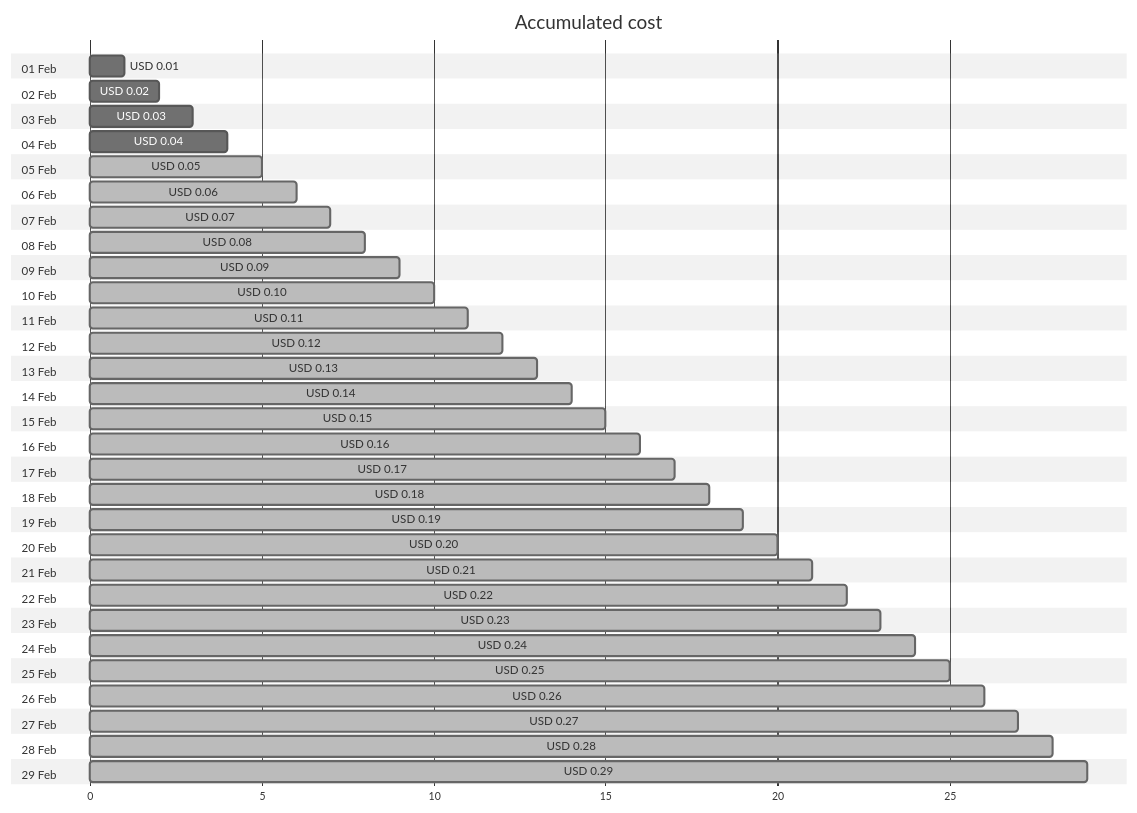
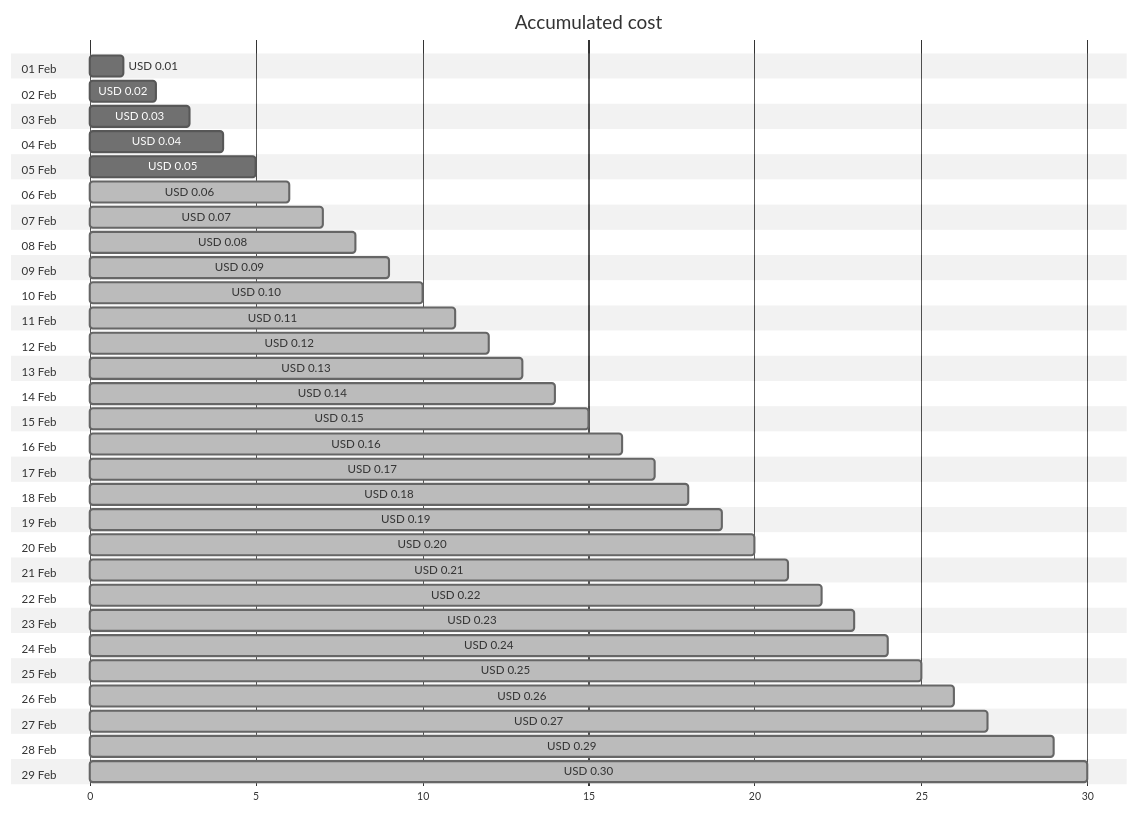
One commit to jpfulton/azure-personal-reports changed the first of 4 diagrams in cost-reports/cloud-shell-storage-eastus/README.md. Above: the diagram before and after it, drawn with Mermaid (neutral theme). The commit also changed other lines of this file and 1 other file, not shown here.

````diff
--- a/cost-reports/cloud-shell-storage-eastus/README.md
+++ b/cost-reports/cloud-shell-storage-eastus/README.md
@@ -20,64 +20,64 @@
 ```mermaid
 gantt
    title Accumulated cost
    dateFormat  X
    axisFormat %s
    section 01 Feb
    USD 0.01 :0, 1
    section 02 Feb
    USD 0.02 :0, 2
    section 03 Feb
    USD 0.03 :0, 3
    section 04 Feb
    USD 0.04 :0, 4
    section 05 Feb
-   USD 0.05 : done, 0, 5
+   USD 0.05 :0, 5
    section 06 Feb
    USD 0.06 : done, 0, 6
    section 07 Feb
    USD 0.07 : done, 0, 7
    section 08 Feb
    USD 0.08 : done, 0, 8
    section 09 Feb
    USD 0.09 : done, 0, 9
    section 10 Feb
    USD 0.10 : done, 0, 10
    section 11 Feb
    USD 0.11 : done, 0, 11
    section 12 Feb
    USD 0.12 : done, 0, 12
    section 13 Feb
    USD 0.13 : done, 0, 13
    section 14 Feb
    USD 0.14 : done, 0, 14
    section 15 Feb
    USD 0.15 : done, 0, 15
    section 16 Feb
    USD 0.16 : done, 0, 16
    section 17 Feb
    USD 0.17 : done, 0, 17
    section 18 Feb
    USD 0.18 : done, 0, 18
    section 19 Feb
    USD 0.19 : done, 0, 19
    section 20 Feb
    USD 0.20 : done, 0, 20
    section 21 Feb
    USD 0.21 : done, 0, 21
    section 22 Feb
    USD 0.22 : done, 0, 22
    section 23 Feb
    USD 0.23 : done, 0, 23
    section 24 Feb
    USD 0.24 : done, 0, 24
    section 25 Feb
    USD 0.25 : done, 0, 25
    section 26 Feb
    USD 0.26 : done, 0, 26
    section 27 Feb
    USD 0.27 : done, 0, 27
    section 28 Feb
-   USD 0.28 : done, 0, 28
+   USD 0.29 : done, 0, 29
    section 29 Feb
-   USD 0.29 : done, 0, 29
+   USD 0.30 : done, 0, 30
 ```
````
